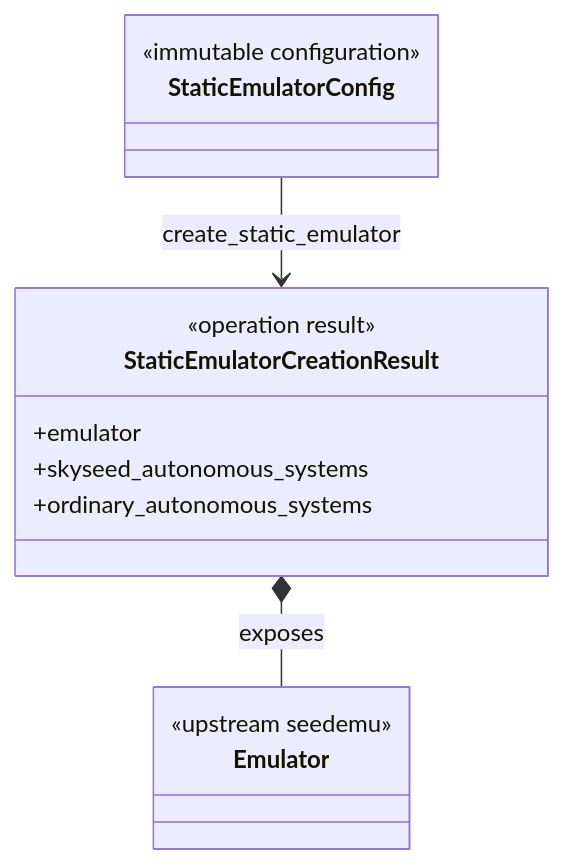
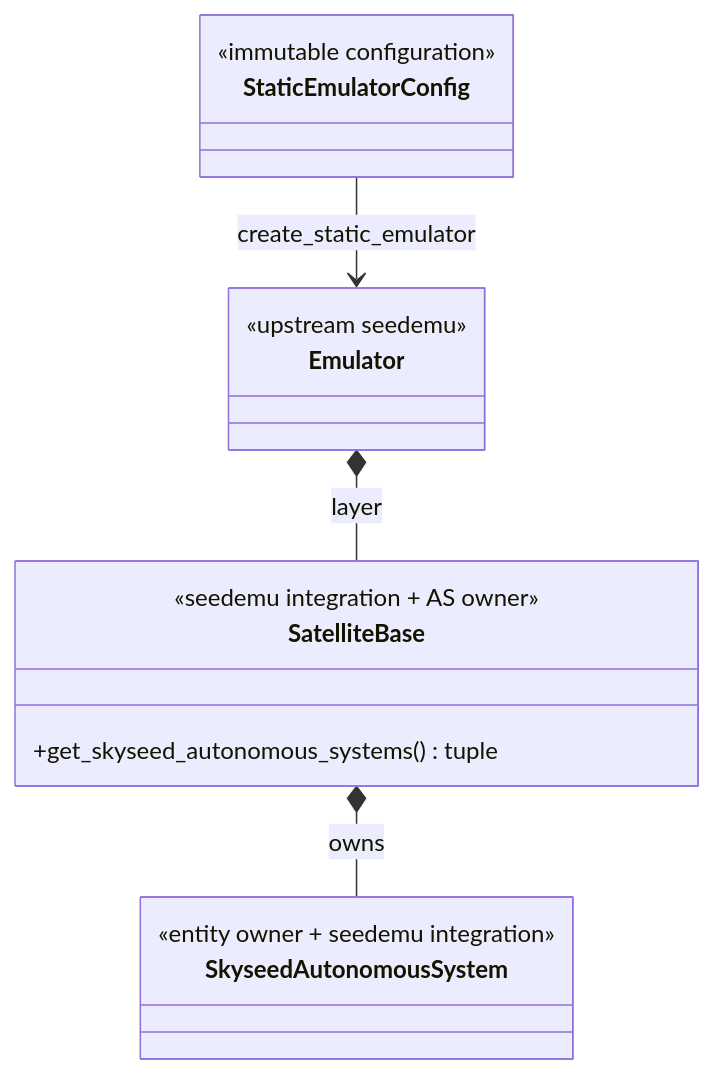
Before and after one commit to seed-labs/skyseed: the fourth of 8 diagrams in skyseed_v2/docs/architecture/conceptual-class-diagrams.md, drawn with Mermaid. The commit also changed other lines of this file and 31 other files, not shown here.

Commit message:
Converge static Emulator file input

````diff
--- a/skyseed_v2/docs/architecture/conceptual-class-diagrams.md
+++ b/skyseed_v2/docs/architecture/conceptual-class-diagrams.md
@@ -133,18 +134,20 @@
 ```mermaid
 classDiagram
     class StaticEmulatorConfig {
         <<immutable configuration>>
     }
-    class StaticEmulatorCreationResult {
-        <<operation result>>
-        +emulator
-        +skyseed_autonomous_systems
-        +ordinary_autonomous_systems
-    }
     class Emulator {
         <<upstream seedemu>>
     }
+    class SatelliteBase {
+        <<seedemu integration + AS owner>>
+        +get_skyseed_autonomous_systems() tuple
+    }
+    class SkyseedAutonomousSystem {
+        <<entity owner + seedemu integration>>
+    }
 
-    StaticEmulatorConfig --> StaticEmulatorCreationResult : create_static_emulator
-    StaticEmulatorCreationResult *-- Emulator : exposes
+    StaticEmulatorConfig --> Emulator : create_static_emulator
+    Emulator *-- SatelliteBase : layer
+    SatelliteBase *-- SkyseedAutonomousSystem : owns
 ```
````
